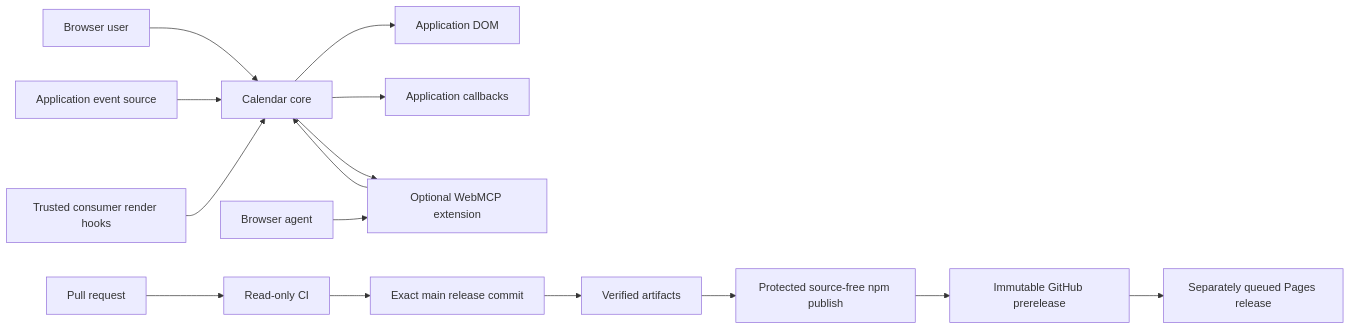
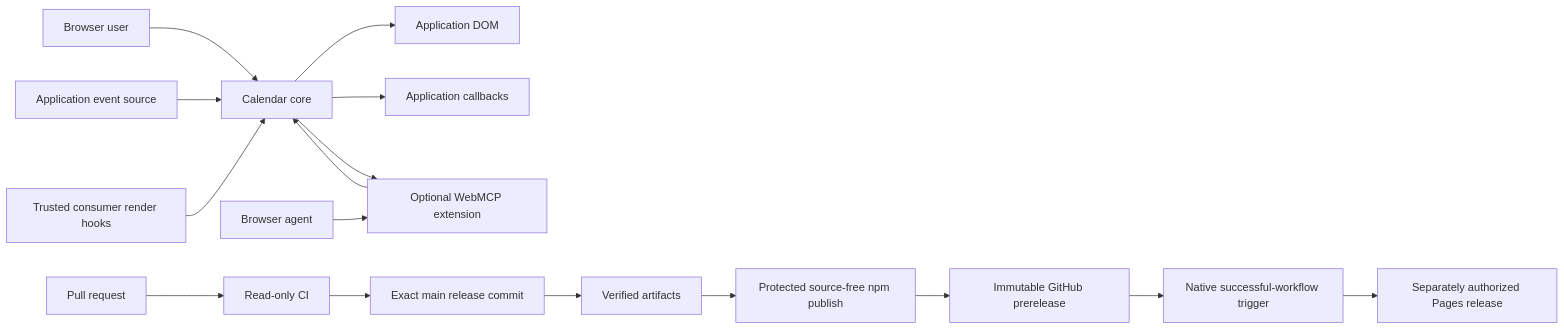
Before and after one commit to tryagaindev/litefold-calendar: the diagram in docs/security-model.md, drawn with Mermaid. The commit also changed other lines of this file and 26 other files, not shown here.

````diff
--- a/docs/security-model.md
+++ b/docs/security-model.md
@@ -45,17 +45,18 @@
 ```mermaid
 flowchart LR
   U[Browser user] --> C[Calendar core]
   S[Application event source] --> C
   C --> D[Application DOM]
   C --> A[Application callbacks]
   M[Browser agent] --> W[Optional WebMCP extension]
   W --> C
   C --> W
   E[Trusted consumer render hooks] --> C
   P[Pull request] --> V[Read-only CI]
   V --> R[Exact main release commit]
   R --> B[Verified artifacts]
   B --> N[Protected source-free npm publish]
   N --> G[Immutable GitHub prerelease]
-  G --> Q[Separately queued Pages release]
+  G --> Q[Native successful-workflow trigger]
+  Q --> H[Separately authorized Pages release]
 ```
````
